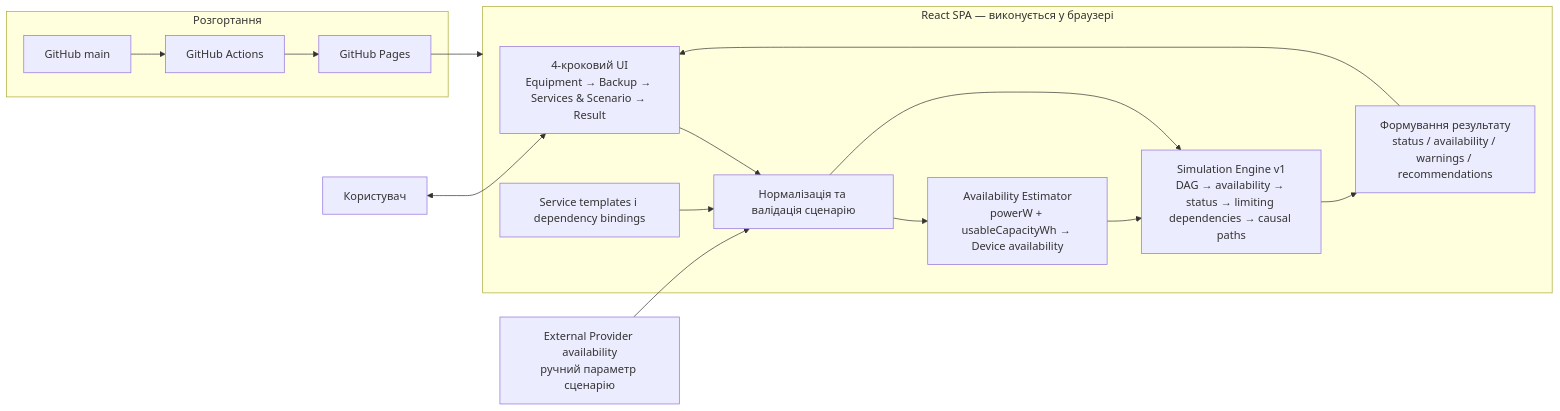
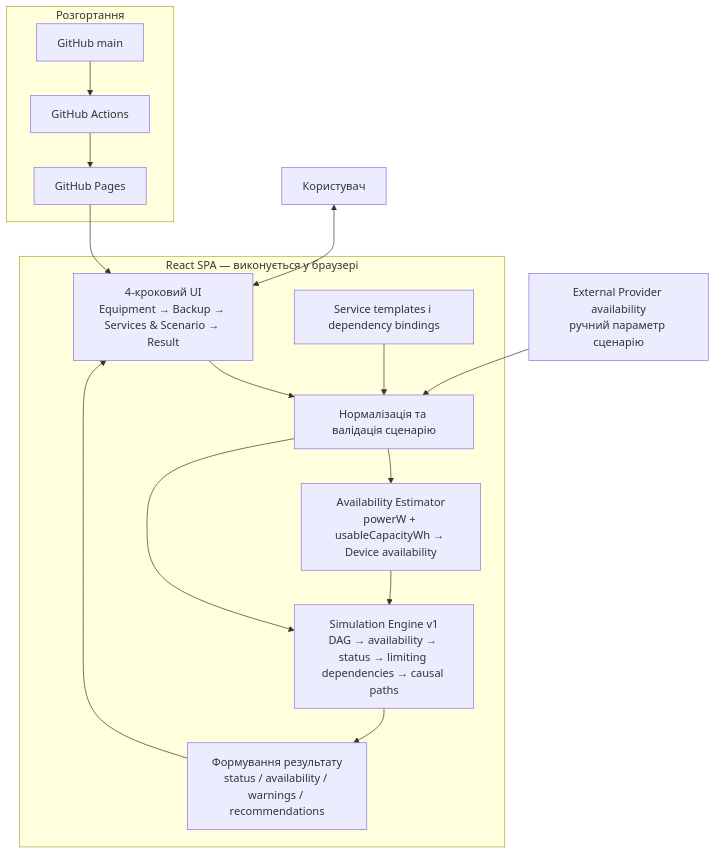
One commit to Serhii-Palamarchuk/capstone-household-service-availability changed the diagram in docs/diagrams/mvp-architecture.mmd. Above: the diagram before and after it, drawn with Mermaid.

Commit message:
docs: optimize architecture diagram for thesis layout

```diff
--- a/docs/diagrams/mvp-architecture.mmd
+++ b/docs/diagrams/mvp-architecture.mmd
@@ -1,28 +1,28 @@
-flowchart LR
+flowchart TB
     U["Користувач"]
 
     subgraph B["React SPA — виконується у браузері"]
         UI["4-кроковий UI\nEquipment → Backup → Services & Scenario → Result"]
         NV["Нормалізація та валідація сценарію"]
         AE["Availability Estimator\npowerW + usableCapacityWh → Device availability"]
         ST["Service templates і dependency bindings"]
         SE["Simulation Engine v1\nDAG → availability → status → limiting dependencies → causal paths"]
         RR["Формування результату\nstatus / availability / warnings / recommendations"]
 
         UI --> NV
         ST --> NV
         NV --> AE
         AE --> SE
         NV --> SE
         SE --> RR
         RR --> UI
     end
 
     EP["External Provider availability\nручний параметр сценарію"] --> NV
     U <--> UI
 
     subgraph D["Розгортання"]
         GH["GitHub main"] --> GA["GitHub Actions"] --> GP["GitHub Pages"]
     end
 
-    GP --> B
+    GP --> UI
```
